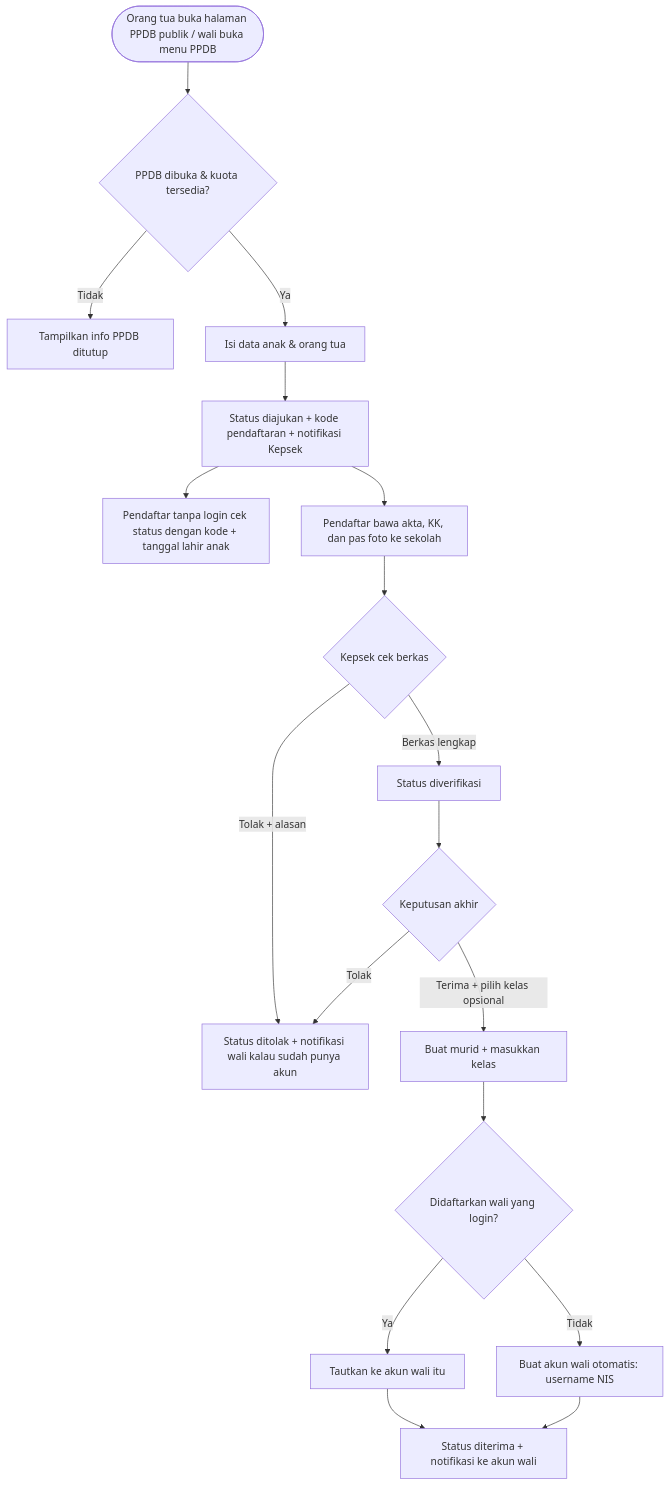
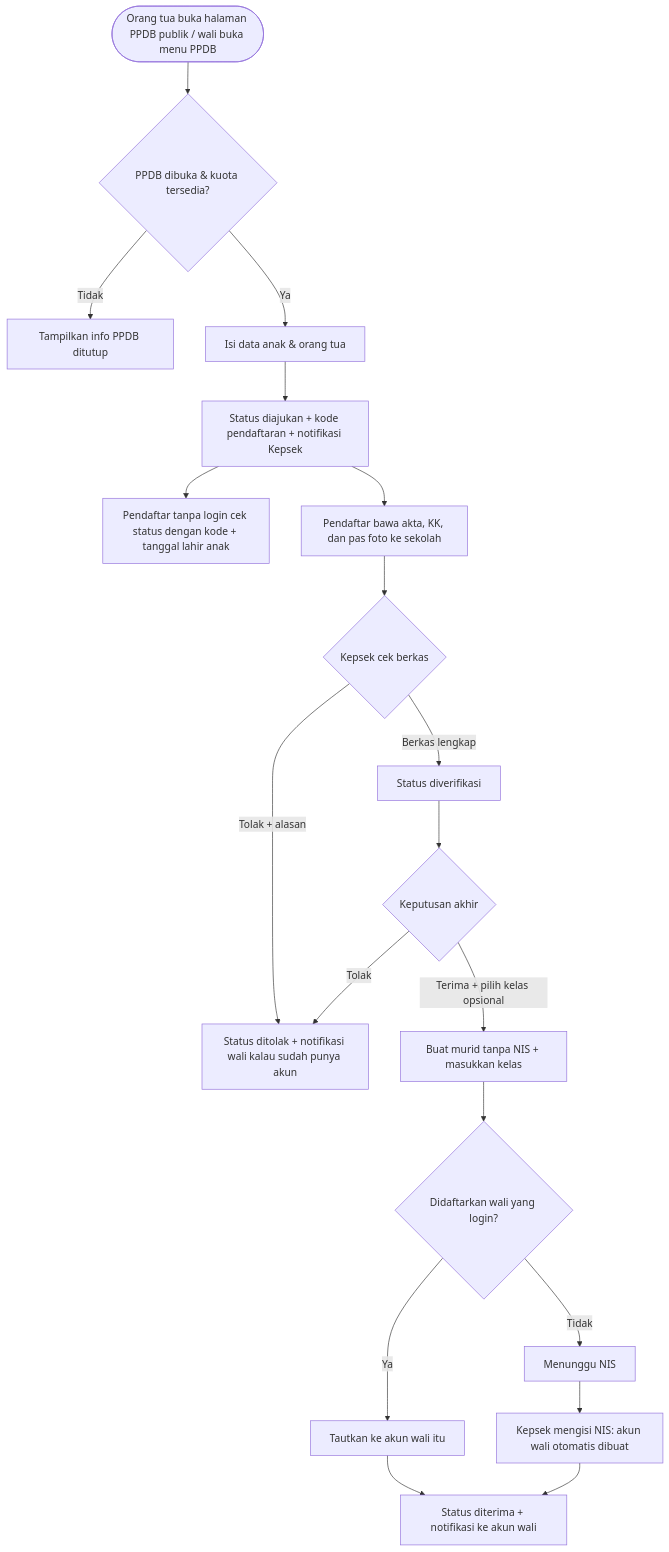
One commit to Keyanffz/TK_TA8_BE changed the fifth of 10 diagrams in PROMPT_BE_TK.md. Above: the diagram before and after it, drawn with Mermaid. The commit also changed other lines of this file and 2 other files, not shown here.

First line of the commit message:
docs: acuan dan kontrak NIS murid diisi Kepala Sekolah

````diff
--- a/PROMPT_BE_TK.md
+++ b/PROMPT_BE_TK.md
@@ -440,20 +441,21 @@
 ```mermaid
 flowchart TD
     A([Orang tua buka halaman PPDB publik / wali buka menu PPDB]) --> B{PPDB dibuka & kuota tersedia?}
     B -->|Tidak| C[Tampilkan info PPDB ditutup]
     B -->|Ya| D[Isi data anak & orang tua]
     D --> F[Status diajukan + kode pendaftaran + notifikasi Kepsek]
     F --> F1[Pendaftar tanpa login cek status dengan kode + tanggal lahir anak]
     F --> E[Pendaftar bawa akta, KK, dan pas foto ke sekolah]
     E --> G{Kepsek cek berkas}
     G -->|Berkas lengkap| H[Status diverifikasi]
     G -->|Tolak + alasan| I[Status ditolak + notifikasi wali kalau sudah punya akun]
     H --> J{Keputusan akhir}
-    J -->|Terima + pilih kelas opsional| K[Buat murid + masukkan kelas]
+    J -->|Terima + pilih kelas opsional| K[Buat murid tanpa NIS + masukkan kelas]
     K --> K1{Didaftarkan wali yang login?}
     K1 -->|Ya| K2[Tautkan ke akun wali itu]
-    K1 -->|Tidak| K3[Buat akun wali otomatis: username NIS]
+    K1 -->|Tidak| K3[Menunggu NIS]
+    K3 --> K4[Kepsek mengisi NIS: akun wali otomatis dibuat]
     K2 --> L[Status diterima + notifikasi ke akun wali]
-    K3 --> L
+    K4 --> L
     J -->|Tolak| I
 ```
````
